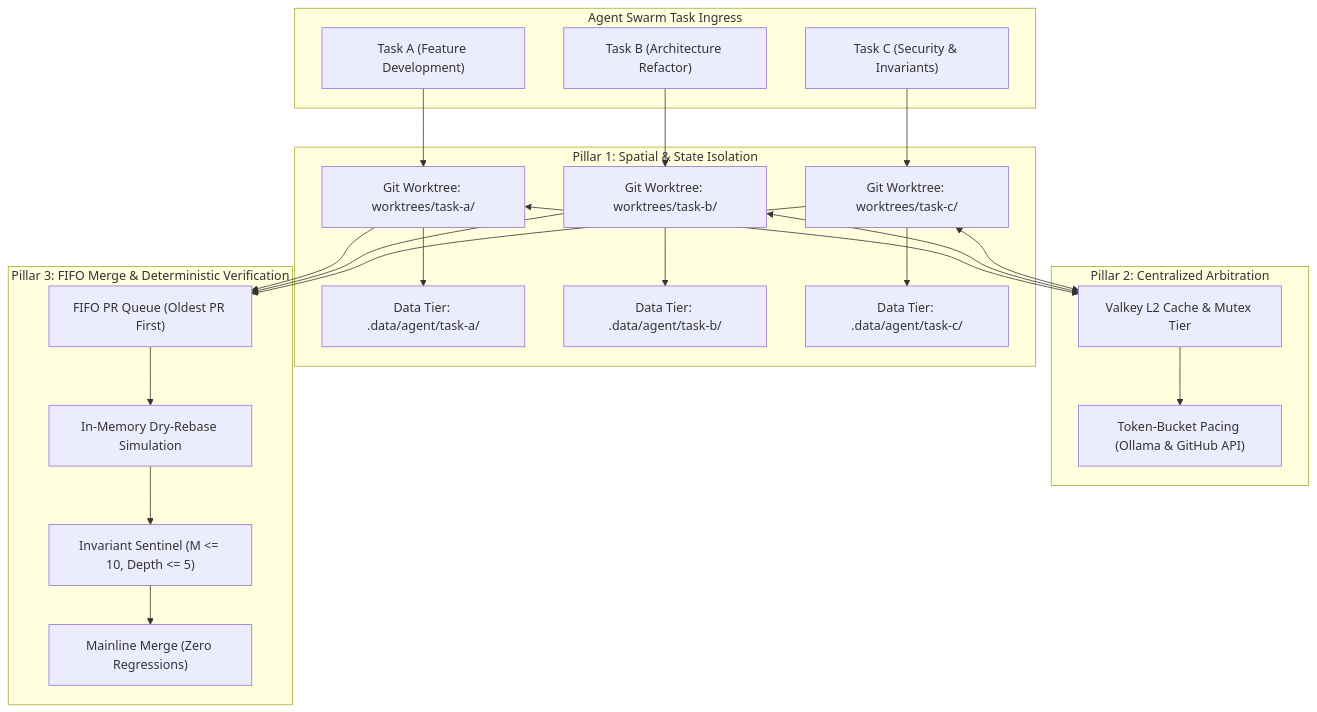
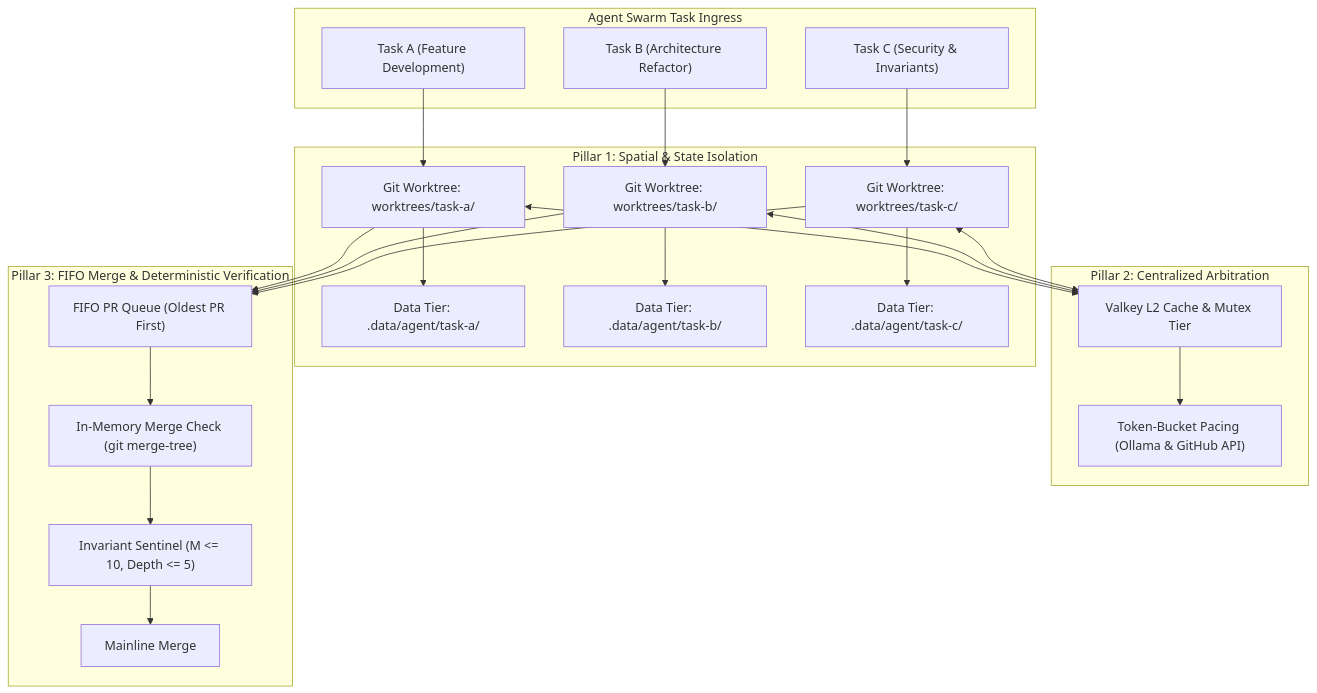
One commit to dan-petty/vibes changed the diagram in patterns/multi-agent-codebase-concurrency.md. Above: the diagram before and after it, drawn with Mermaid. The commit also changed other lines of this file and 248 other files, not shown here.

````diff
--- a/patterns/multi-agent-codebase-concurrency.md
+++ b/patterns/multi-agent-codebase-concurrency.md
@@ -25,34 +25,34 @@
 ```mermaid
 flowchart TD
     subgraph Ingress["Agent Swarm Task Ingress"]
         T1["Task A (Feature Development)"]
         T2["Task B (Architecture Refactor)"]
         T3["Task C (Security & Invariants)"]
     end
 
     subgraph Isolation["Pillar 1: Spatial & State Isolation"]
         T1 --> W1["Git Worktree: worktrees/task-a/"]
         T2 --> W2["Git Worktree: worktrees/task-b/"]
         T3 --> W3["Git Worktree: worktrees/task-c/"]
 
         W1 --> D1["Data Tier: .data/agent/task-a/"]
         W2 --> D2["Data Tier: .data/agent/task-b/"]
         W3 --> D3["Data Tier: .data/agent/task-c/"]
     end
 
     subgraph Coordination["Pillar 2: Centralized Arbitration"]
         W1 <--> Valkey["Valkey L2 Cache & Mutex Tier"]
         W2 <--> Valkey
         W3 <--> Valkey
         Valkey --> Pacer["Token-Bucket Pacing (Ollama & GitHub API)"]
     end
 
     subgraph Pipeline["Pillar 3: FIFO Merge & Deterministic Verification"]
         W1 --> FIFO["FIFO PR Queue (Oldest PR First)"]
         W2 --> FIFO
         W3 --> FIFO
-        FIFO --> RebaseCheck["In-Memory Dry-Rebase Simulation"]
+        FIFO --> RebaseCheck["In-Memory Merge Check (git merge-tree)"]
         RebaseCheck --> Sentinel["Invariant Sentinel (M <= 10, Depth <= 5)"]
-        Sentinel --> Mainline["Mainline Merge (Zero Regressions)"]
+        Sentinel --> Mainline["Mainline Merge"]
     end
 ```
````
